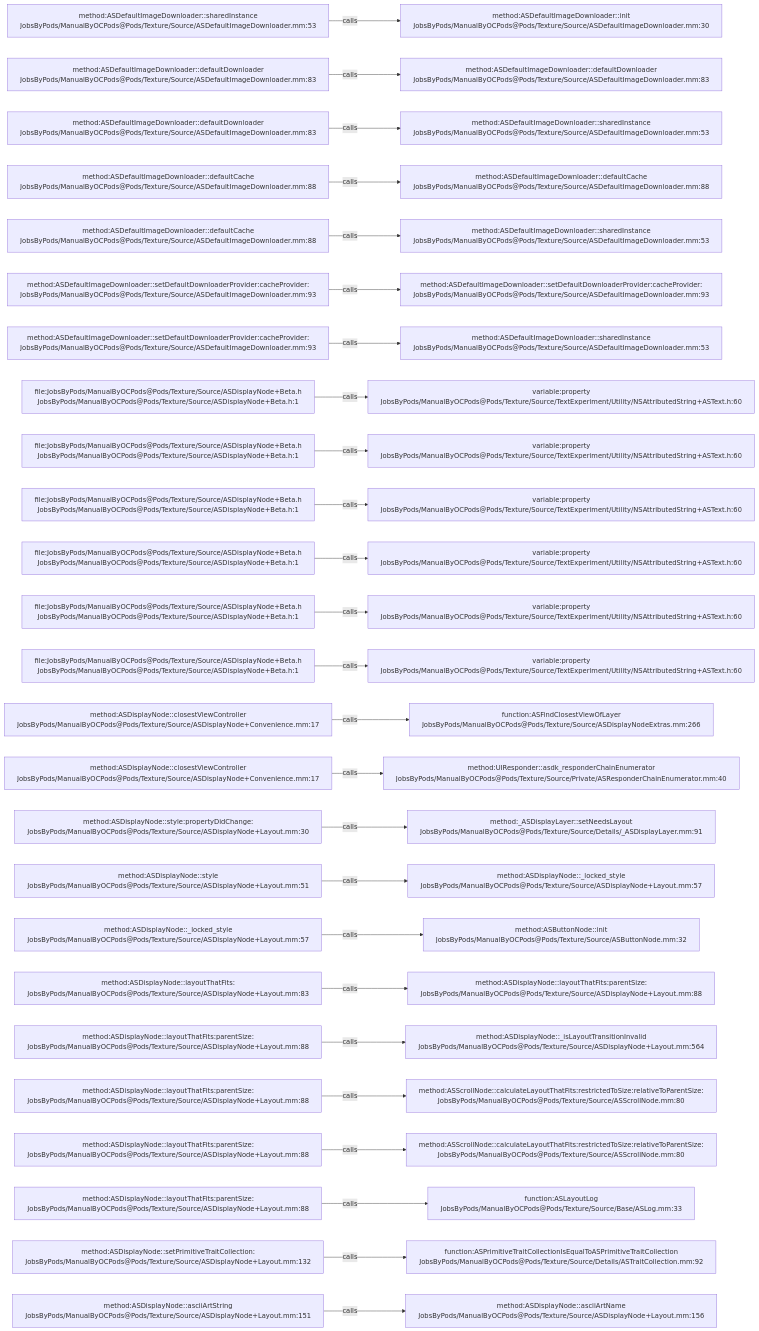
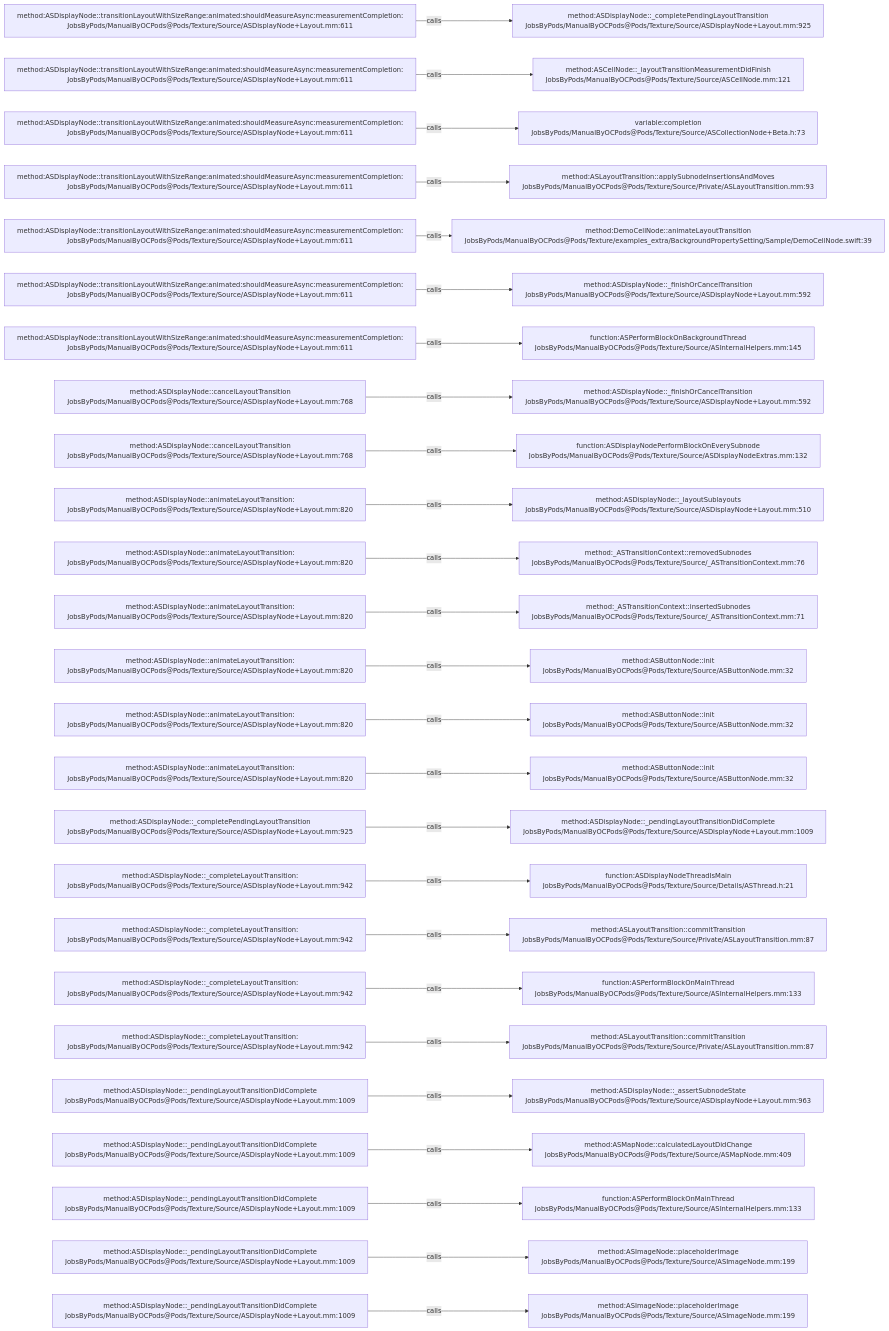
One commit to JobsKits/JobsOCBaseConfigDemo changed the diagram in .codegraph/codegraph.md/graphs/calls-091.md. Above: the diagram before and after it, drawn with Mermaid. The commit also changed 1353 other files, not shown here.

````diff
--- a/.codegraph/codegraph.md/graphs/calls-091.md
+++ b/.codegraph/codegraph.md/graphs/calls-091.md
@@ -13,78 +13,78 @@
 ```mermaid
 flowchart LR
-  S1["method:ASDefaultImageDownloader::sharedInstance<br/>JobsByPods/ManualByOCPods@Pods/Texture/Source/ASDefaultImageDownloader.mm:53"]
-  T1["method:ASDefaultImageDownloader::init<br/>JobsByPods/ManualByOCPods@Pods/Texture/Source/ASDefaultImageDownloader.mm:30"]
+  S1["method:ASDisplayNode::transitionLayoutWithSizeRange:animated:shouldMeasureAsync:measurementCompletion:<br/>JobsByPods/ManualByOCPods@Pods/Texture/Source/ASDisplayNode+Layout.mm:611"]
+  T1["method:ASDisplayNode::_completePendingLayoutTransition<br/>JobsByPods/ManualByOCPods@Pods/Texture/Source/ASDisplayNode+Layout.mm:925"]
   S1 -->|calls| T1
-  S2["method:ASDefaultImageDownloader::defaultDownloader<br/>JobsByPods/ManualByOCPods@Pods/Texture/Source/ASDefaultImageDownloader.mm:83"]
-  T2["method:ASDefaultImageDownloader::defaultDownloader<br/>JobsByPods/ManualByOCPods@Pods/Texture/Source/ASDefaultImageDownloader.mm:83"]
+  S2["method:ASDisplayNode::transitionLayoutWithSizeRange:animated:shouldMeasureAsync:measurementCompletion:<br/>JobsByPods/ManualByOCPods@Pods/Texture/Source/ASDisplayNode+Layout.mm:611"]
+  T2["method:ASCellNode::_layoutTransitionMeasurementDidFinish<br/>JobsByPods/ManualByOCPods@Pods/Texture/Source/ASCellNode.mm:121"]
   S2 -->|calls| T2
-  S3["method:ASDefaultImageDownloader::defaultDownloader<br/>JobsByPods/ManualByOCPods@Pods/Texture/Source/ASDefaultImageDownloader.mm:83"]
-  T3["method:ASDefaultImageDownloader::sharedInstance<br/>JobsByPods/ManualByOCPods@Pods/Texture/Source/ASDefaultImageDownloader.mm:53"]
+  S3["method:ASDisplayNode::transitionLayoutWithSizeRange:animated:shouldMeasureAsync:measurementCompletion:<br/>JobsByPods/ManualByOCPods@Pods/Texture/Source/ASDisplayNode+Layout.mm:611"]
+  T3["variable:completion<br/>JobsByPods/ManualByOCPods@Pods/Texture/Source/ASCollectionNode+Beta.h:73"]
   S3 -->|calls| T3
-  S4["method:ASDefaultImageDownloader::defaultCache<br/>JobsByPods/ManualByOCPods@Pods/Texture/Source/ASDefaultImageDownloader.mm:88"]
-  T4["method:ASDefaultImageDownloader::defaultCache<br/>JobsByPods/ManualByOCPods@Pods/Texture/Source/ASDefaultImageDownloader.mm:88"]
+  S4["method:ASDisplayNode::transitionLayoutWithSizeRange:animated:shouldMeasureAsync:measurementCompletion:<br/>JobsByPods/ManualByOCPods@Pods/Texture/Source/ASDisplayNode+Layout.mm:611"]
+  T4["method:ASLayoutTransition::applySubnodeInsertionsAndMoves<br/>JobsByPods/ManualByOCPods@Pods/Texture/Source/Private/ASLayoutTransition.mm:93"]
   S4 -->|calls| T4
-  S5["method:ASDefaultImageDownloader::defaultCache<br/>JobsByPods/ManualByOCPods@Pods/Texture/Source/ASDefaultImageDownloader.mm:88"]
-  T5["method:ASDefaultImageDownloader::sharedInstance<br/>JobsByPods/ManualByOCPods@Pods/Texture/Source/ASDefaultImageDownloader.mm:53"]
+  S5["method:ASDisplayNode::transitionLayoutWithSizeRange:animated:shouldMeasureAsync:measurementCompletion:<br/>JobsByPods/ManualByOCPods@Pods/Texture/Source/ASDisplayNode+Layout.mm:611"]
+  T5["method:DemoCellNode::animateLayoutTransition<br/>JobsByPods/ManualByOCPods@Pods/Texture/examples_extra/BackgroundPropertySetting/Sample/DemoCellNode.swift:39"]
   S5 -->|calls| T5
-  S6["method:ASDefaultImageDownloader::setDefaultDownloaderProvider:cacheProvider:<br/>JobsByPods/ManualByOCPods@Pods/Texture/Source/ASDefaultImageDownloader.mm:93"]
-  T6["method:ASDefaultImageDownloader::setDefaultDownloaderProvider:cacheProvider:<br/>JobsByPods/ManualByOCPods@Pods/Texture/Source/ASDefaultImageDownloader.mm:93"]
+  S6["method:ASDisplayNode::transitionLayoutWithSizeRange:animated:shouldMeasureAsync:measurementCompletion:<br/>JobsByPods/ManualByOCPods@Pods/Texture/Source/ASDisplayNode+Layout.mm:611"]
+  T6["method:ASDisplayNode::_finishOrCancelTransition<br/>JobsByPods/ManualByOCPods@Pods/Texture/Source/ASDisplayNode+Layout.mm:592"]
   S6 -->|calls| T6
-  S7["method:ASDefaultImageDownloader::setDefaultDownloaderProvider:cacheProvider:<br/>JobsByPods/ManualByOCPods@Pods/Texture/Source/ASDefaultImageDownloader.mm:93"]
-  T7["method:ASDefaultImageDownloader::sharedInstance<br/>JobsByPods/ManualByOCPods@Pods/Texture/Source/ASDefaultImageDownloader.mm:53"]
+  S7["method:ASDisplayNode::transitionLayoutWithSizeRange:animated:shouldMeasureAsync:measurementCompletion:<br/>JobsByPods/ManualByOCPods@Pods/Texture/Source/ASDisplayNode+Layout.mm:611"]
+  T7["function:ASPerformBlockOnBackgroundThread<br/>JobsByPods/ManualByOCPods@Pods/Texture/Source/ASInternalHelpers.mm:145"]
   S7 -->|calls| T7
-  S8["file:JobsByPods/ManualByOCPods@Pods/Texture/Source/ASDisplayNode+Beta.h<br/>JobsByPods/ManualByOCPods@Pods/Texture/Source/ASDisplayNode+Beta.h:1"]
-  T8["variable:property<br/>JobsByPods/ManualByOCPods@Pods/Texture/Source/TextExperiment/Utility/NSAttributedString+ASText.h:60"]
+  S8["method:ASDisplayNode::cancelLayoutTransition<br/>JobsByPods/ManualByOCPods@Pods/Texture/Source/ASDisplayNode+Layout.mm:768"]
+  T8["method:ASDisplayNode::_finishOrCancelTransition<br/>JobsByPods/ManualByOCPods@Pods/Texture/Source/ASDisplayNode+Layout.mm:592"]
   S8 -->|calls| T8
-  S9["file:JobsByPods/ManualByOCPods@Pods/Texture/Source/ASDisplayNode+Beta.h<br/>JobsByPods/ManualByOCPods@Pods/Texture/Source/ASDisplayNode+Beta.h:1"]
-  T9["variable:property<br/>JobsByPods/ManualByOCPods@Pods/Texture/Source/TextExperiment/Utility/NSAttributedString+ASText.h:60"]
+  S9["method:ASDisplayNode::cancelLayoutTransition<br/>JobsByPods/ManualByOCPods@Pods/Texture/Source/ASDisplayNode+Layout.mm:768"]
+  T9["function:ASDisplayNodePerformBlockOnEverySubnode<br/>JobsByPods/ManualByOCPods@Pods/Texture/Source/ASDisplayNodeExtras.mm:132"]
   S9 -->|calls| T9
-  S10["file:JobsByPods/ManualByOCPods@Pods/Texture/Source/ASDisplayNode+Beta.h<br/>JobsByPods/ManualByOCPods@Pods/Texture/Source/ASDisplayNode+Beta.h:1"]
-  T10["variable:property<br/>JobsByPods/ManualByOCPods@Pods/Texture/Source/TextExperiment/Utility/NSAttributedString+ASText.h:60"]
+  S10["method:ASDisplayNode::animateLayoutTransition:<br/>JobsByPods/ManualByOCPods@Pods/Texture/Source/ASDisplayNode+Layout.mm:820"]
+  T10["method:ASDisplayNode::_layoutSublayouts<br/>JobsByPods/ManualByOCPods@Pods/Texture/Source/ASDisplayNode+Layout.mm:510"]
   S10 -->|calls| T10
-  S11["file:JobsByPods/ManualByOCPods@Pods/Texture/Source/ASDisplayNode+Beta.h<br/>JobsByPods/ManualByOCPods@Pods/Texture/Source/ASDisplayNode+Beta.h:1"]
-  T11["variable:property<br/>JobsByPods/ManualByOCPods@Pods/Texture/Source/TextExperiment/Utility/NSAttributedString+ASText.h:60"]
+  S11["method:ASDisplayNode::animateLayoutTransition:<br/>JobsByPods/ManualByOCPods@Pods/Texture/Source/ASDisplayNode+Layout.mm:820"]
+  T11["method:_ASTransitionContext::removedSubnodes<br/>JobsByPods/ManualByOCPods@Pods/Texture/Source/_ASTransitionContext.mm:76"]
   S11 -->|calls| T11
-  S12["file:JobsByPods/ManualByOCPods@Pods/Texture/Source/ASDisplayNode+Beta.h<br/>JobsByPods/ManualByOCPods@Pods/Texture/Source/ASDisplayNode+Beta.h:1"]
-  T12["variable:property<br/>JobsByPods/ManualByOCPods@Pods/Texture/Source/TextExperiment/Utility/NSAttributedString+ASText.h:60"]
+  S12["method:ASDisplayNode::animateLayoutTransition:<br/>JobsByPods/ManualByOCPods@Pods/Texture/Source/ASDisplayNode+Layout.mm:820"]
+  T12["method:_ASTransitionContext::insertedSubnodes<br/>JobsByPods/ManualByOCPods@Pods/Texture/Source/_ASTransitionContext.mm:71"]
   S12 -->|calls| T12
-  S13["file:JobsByPods/ManualByOCPods@Pods/Texture/Source/ASDisplayNode+Beta.h<br/>JobsByPods/ManualByOCPods@Pods/Texture/Source/ASDisplayNode+Beta.h:1"]
-  T13["variable:property<br/>JobsByPods/ManualByOCPods@Pods/Texture/Source/TextExperiment/Utility/NSAttributedString+ASText.h:60"]
+  S13["method:ASDisplayNode::animateLayoutTransition:<br/>JobsByPods/ManualByOCPods@Pods/Texture/Source/ASDisplayNode+Layout.mm:820"]
+  T13["method:ASButtonNode::init<br/>JobsByPods/ManualByOCPods@Pods/Texture/Source/ASButtonNode.mm:32"]
   S13 -->|calls| T13
-  S14["method:ASDisplayNode::closestViewController<br/>JobsByPods/ManualByOCPods@Pods/Texture/Source/ASDisplayNode+Convenience.mm:17"]
-  T14["function:ASFindClosestViewOfLayer<br/>JobsByPods/ManualByOCPods@Pods/Texture/Source/ASDisplayNodeExtras.mm:266"]
+  S14["method:ASDisplayNode::animateLayoutTransition:<br/>JobsByPods/ManualByOCPods@Pods/Texture/Source/ASDisplayNode+Layout.mm:820"]
+  T14["method:ASButtonNode::init<br/>JobsByPods/ManualByOCPods@Pods/Texture/Source/ASButtonNode.mm:32"]
   S14 -->|calls| T14
-  S15["method:ASDisplayNode::closestViewController<br/>JobsByPods/ManualByOCPods@Pods/Texture/Source/ASDisplayNode+Convenience.mm:17"]
-  T15["method:UIResponder::asdk_responderChainEnumerator<br/>JobsByPods/ManualByOCPods@Pods/Texture/Source/Private/ASResponderChainEnumerator.mm:40"]
+  S15["method:ASDisplayNode::animateLayoutTransition:<br/>JobsByPods/ManualByOCPods@Pods/Texture/Source/ASDisplayNode+Layout.mm:820"]
+  T15["method:ASButtonNode::init<br/>JobsByPods/ManualByOCPods@Pods/Texture/Source/ASButtonNode.mm:32"]
   S15 -->|calls| T15
-  S16["method:ASDisplayNode::style:propertyDidChange:<br/>JobsByPods/ManualByOCPods@Pods/Texture/Source/ASDisplayNode+Layout.mm:30"]
-  T16["method:_ASDisplayLayer::setNeedsLayout<br/>JobsByPods/ManualByOCPods@Pods/Texture/Source/Details/_ASDisplayLayer.mm:91"]
+  S16["method:ASDisplayNode::_completePendingLayoutTransition<br/>JobsByPods/ManualByOCPods@Pods/Texture/Source/ASDisplayNode+Layout.mm:925"]
+  T16["method:ASDisplayNode::_pendingLayoutTransitionDidComplete<br/>JobsByPods/ManualByOCPods@Pods/Texture/Source/ASDisplayNode+Layout.mm:1009"]
   S16 -->|calls| T16
-  S17["method:ASDisplayNode::style<br/>JobsByPods/ManualByOCPods@Pods/Texture/Source/ASDisplayNode+Layout.mm:51"]
-  T17["method:ASDisplayNode::_locked_style<br/>JobsByPods/ManualByOCPods@Pods/Texture/Source/ASDisplayNode+Layout.mm:57"]
+  S17["method:ASDisplayNode::_completeLayoutTransition:<br/>JobsByPods/ManualByOCPods@Pods/Texture/Source/ASDisplayNode+Layout.mm:942"]
+  T17["function:ASDisplayNodeThreadIsMain<br/>JobsByPods/ManualByOCPods@Pods/Texture/Source/Details/ASThread.h:21"]
   S17 -->|calls| T17
-  S18["method:ASDisplayNode::_locked_style<br/>JobsByPods/ManualByOCPods@Pods/Texture/Source/ASDisplayNode+Layout.mm:57"]
-  T18["method:ASButtonNode::init<br/>JobsByPods/ManualByOCPods@Pods/Texture/Source/ASButtonNode.mm:32"]
+  S18["method:ASDisplayNode::_completeLayoutTransition:<br/>JobsByPods/ManualByOCPods@Pods/Texture/Source/ASDisplayNode+Layout.mm:942"]
+  T18["method:ASLayoutTransition::commitTransition<br/>JobsByPods/ManualByOCPods@Pods/Texture/Source/Private/ASLayoutTransition.mm:87"]
   S18 -->|calls| T18
-  S19["method:ASDisplayNode::layoutThatFits:<br/>JobsByPods/ManualByOCPods@Pods/Texture/Source/ASDisplayNode+Layout.mm:83"]
-  T19["method:ASDisplayNode::layoutThatFits:parentSize:<br/>JobsByPods/ManualByOCPods@Pods/Texture/Source/ASDisplayNode+Layout.mm:88"]
+  S19["method:ASDisplayNode::_completeLayoutTransition:<br/>JobsByPods/ManualByOCPods@Pods/Texture/Source/ASDisplayNode+Layout.mm:942"]
+  T19["function:ASPerformBlockOnMainThread<br/>JobsByPods/ManualByOCPods@Pods/Texture/Source/ASInternalHelpers.mm:133"]
   S19 -->|calls| T19
-  S20["method:ASDisplayNode::layoutThatFits:parentSize:<br/>JobsByPods/ManualByOCPods@Pods/Texture/Source/ASDisplayNode+Layout.mm:88"]
-  T20["method:ASDisplayNode::_isLayoutTransitionInvalid<br/>JobsByPods/ManualByOCPods@Pods/Texture/Source/ASDisplayNode+Layout.mm:564"]
+  S20["method:ASDisplayNode::_completeLayoutTransition:<br/>JobsByPods/ManualByOCPods@Pods/Texture/Source/ASDisplayNode+Layout.mm:942"]
+  T20["method:ASLayoutTransition::commitTransition<br/>JobsByPods/ManualByOCPods@Pods/Texture/Source/Private/ASLayoutTransition.mm:87"]
   S20 -->|calls| T20
-  S21["method:ASDisplayNode::layoutThatFits:parentSize:<br/>JobsByPods/ManualByOCPods@Pods/Texture/Source/ASDisplayNode+Layout.mm:88"]
-  T21["method:ASScrollNode::calculateLayoutThatFits:restrictedToSize:relativeToParentSize:<br/>JobsByPods/ManualByOCPods@Pods/Texture/Source/ASScrollNode.mm:80"]
+  S21["method:ASDisplayNode::_pendingLayoutTransitionDidComplete<br/>JobsByPods/ManualByOCPods@Pods/Texture/Source/ASDisplayNode+Layout.mm:1009"]
+  T21["method:ASDisplayNode::_assertSubnodeState<br/>JobsByPods/ManualByOCPods@Pods/Texture/Source/ASDisplayNode+Layout.mm:963"]
   S21 -->|calls| T21
-  S22["method:ASDisplayNode::layoutThatFits:parentSize:<br/>JobsByPods/ManualByOCPods@Pods/Texture/Source/ASDisplayNode+Layout.mm:88"]
-  T22["method:ASScrollNode::calculateLayoutThatFits:restrictedToSize:relativeToParentSize:<br/>JobsByPods/ManualByOCPods@Pods/Texture/Source/ASScrollNode.mm:80"]
+  S22["method:ASDisplayNode::_pendingLayoutTransitionDidComplete<br/>JobsByPods/ManualByOCPods@Pods/Texture/Source/ASDisplayNode+Layout.mm:1009"]
+  T22["method:ASMapNode::calculatedLayoutDidChange<br/>JobsByPods/ManualByOCPods@Pods/Texture/Source/ASMapNode.mm:409"]
   S22 -->|calls| T22
-  S23["method:ASDisplayNode::layoutThatFits:parentSize:<br/>JobsByPods/ManualByOCPods@Pods/Texture/Source/ASDisplayNode+Layout.mm:88"]
-  T23["function:ASLayoutLog<br/>JobsByPods/ManualByOCPods@Pods/Texture/Source/Base/ASLog.mm:33"]
+  S23["method:ASDisplayNode::_pendingLayoutTransitionDidComplete<br/>JobsByPods/ManualByOCPods@Pods/Texture/Source/ASDisplayNode+Layout.mm:1009"]
+  T23["function:ASPerformBlockOnMainThread<br/>JobsByPods/ManualByOCPods@Pods/Texture/Source/ASInternalHelpers.mm:133"]
   S23 -->|calls| T23
-  S24["method:ASDisplayNode::setPrimitiveTraitCollection:<br/>JobsByPods/ManualByOCPods@Pods/Texture/Source/ASDisplayNode+Layout.mm:132"]
-  T24["function:ASPrimitiveTraitCollectionIsEqualToASPrimitiveTraitCollection<br/>JobsByPods/ManualByOCPods@Pods/Texture/Source/Details/ASTraitCollection.mm:92"]
+  S24["method:ASDisplayNode::_pendingLayoutTransitionDidComplete<br/>JobsByPods/ManualByOCPods@Pods/Texture/Source/ASDisplayNode+Layout.mm:1009"]
+  T24["method:ASImageNode::placeholderImage<br/>JobsByPods/ManualByOCPods@Pods/Texture/Source/ASImageNode.mm:199"]
   S24 -->|calls| T24
-  S25["method:ASDisplayNode::asciiArtString<br/>JobsByPods/ManualByOCPods@Pods/Texture/Source/ASDisplayNode+Layout.mm:151"]
-  T25["method:ASDisplayNode::asciiArtName<br/>JobsByPods/ManualByOCPods@Pods/Texture/Source/ASDisplayNode+Layout.mm:156"]
+  S25["method:ASDisplayNode::_pendingLayoutTransitionDidComplete<br/>JobsByPods/ManualByOCPods@Pods/Texture/Source/ASDisplayNode+Layout.mm:1009"]
+  T25["method:ASImageNode::placeholderImage<br/>JobsByPods/ManualByOCPods@Pods/Texture/Source/ASImageNode.mm:199"]
   S25 -->|calls| T25
 ```
````
